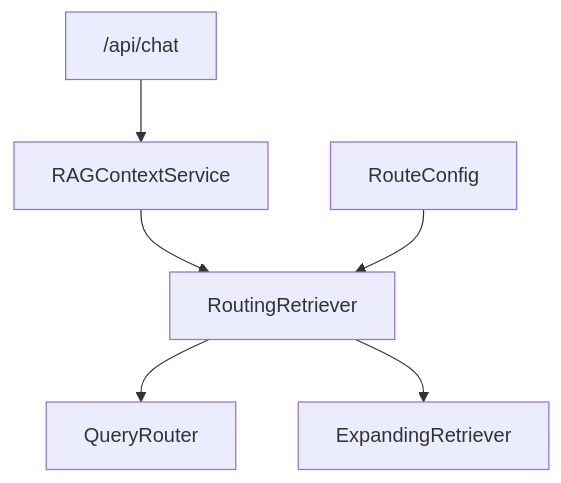
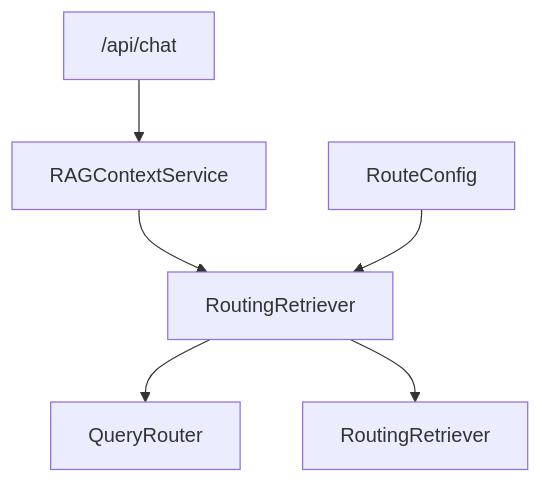
The diagram in course/day36/03_架构设计.md (ab6539763/70_days_course_plus), drawn with Mermaid before and after one commit. The commit also changed 102 other files, not shown here.

````diff
--- a/course/day36/03_架构设计.md
+++ b/course/day36/03_架构设计.md
@@ -5,8 +5,8 @@
 ```mermaid
 flowchart TD
     CHAT["/api/chat"] --> RAG[RAGContextService]
     RAG --> RT[RoutingRetriever]
     RT --> QR[QueryRouter]
-    RT --> EXP[ExpandingRetriever]
+    RT --> EXP[RoutingRetriever]
     CFG[RouteConfig] --> RT
 ```
````
